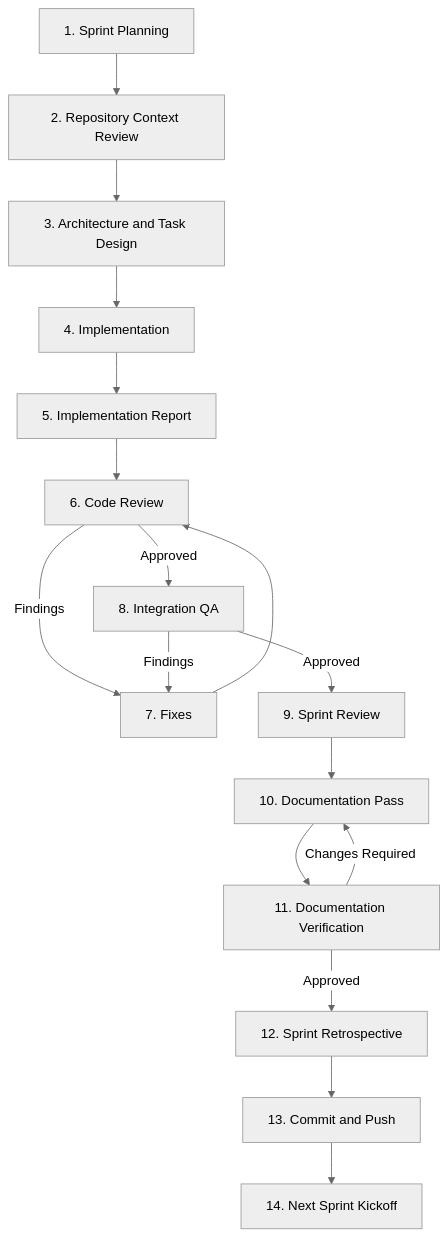
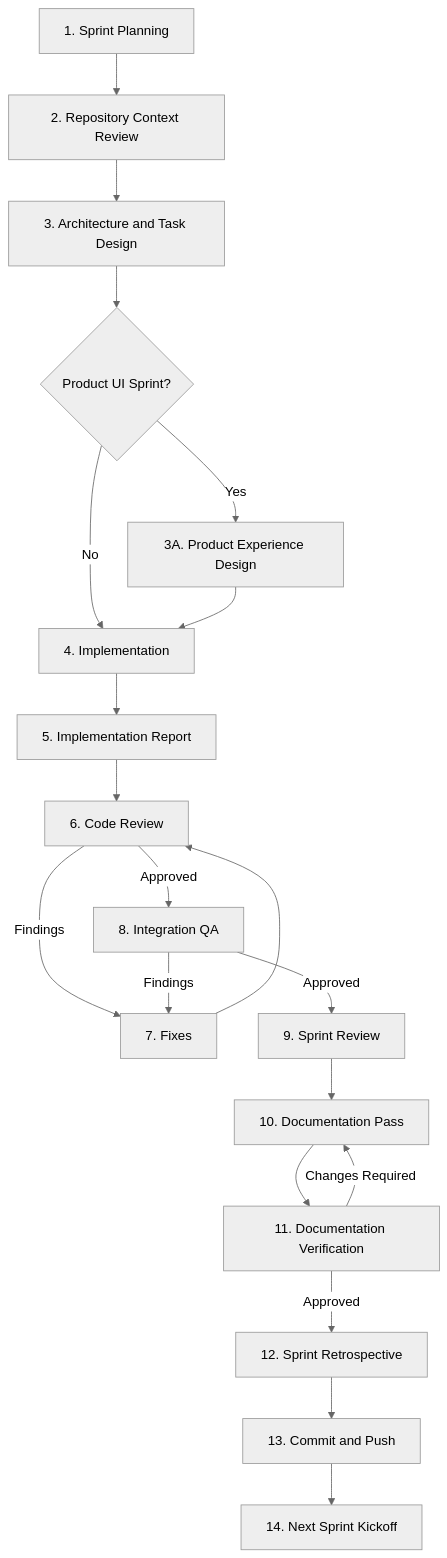
Before and after one commit to kodog102/OneulRhythm: the diagram in Docs/Development/DEVELOPMENT_WORKFLOW.md, drawn with Mermaid (neutral theme). The commit also changed other lines of this file and 12 other files, not shown here.

````diff
--- a/Docs/Development/DEVELOPMENT_WORKFLOW.md
+++ b/Docs/Development/DEVELOPMENT_WORKFLOW.md
@@ -326,25 +369,32 @@
 ```mermaid
 flowchart TD
     A[1. Sprint Planning]
     --> B[2. Repository Context Review]
     --> C[3. Architecture and Task Design]
-    --> D[4. Implementation]
-    --> E[5. Implementation Report]
-    --> F[6. Code Review]
 
-    F -->|Findings| G[7. Fixes]
-    G --> F
+    C --> D{Product UI Sprint?}
 
-    F -->|Approved| H[8. Integration QA]
-    H -->|Findings| G
+    D -->|Yes| E[3A. Product Experience Design]
+    D -->|No| F[4. Implementation]
 
-    H -->|Approved| I[9. Sprint Review]
-    I --> J[10. Documentation Pass]
-    J --> K[11. Documentation Verification]
+    E --> F
 
-    K -->|Changes Required| J
+    F --> G[5. Implementation Report]
+    G --> H[6. Code Review]
 
-    K -->|Approved| L[12. Sprint Retrospective]
-    L --> M[13. Commit and Push]
-    M --> N[14. Next Sprint Kickoff]
+    H -->|Findings| I[7. Fixes]
+    I --> H
+
+    H -->|Approved| J[8. Integration QA]
+    J -->|Findings| I
+
+    J -->|Approved| K[9. Sprint Review]
+    K --> L[10. Documentation Pass]
+    L --> M[11. Documentation Verification]
+
+    M -->|Changes Required| L
+
+    M -->|Approved| N[12. Sprint Retrospective]
+    N --> O[13. Commit and Push]
+    O --> P[14. Next Sprint Kickoff]
 ```
````
